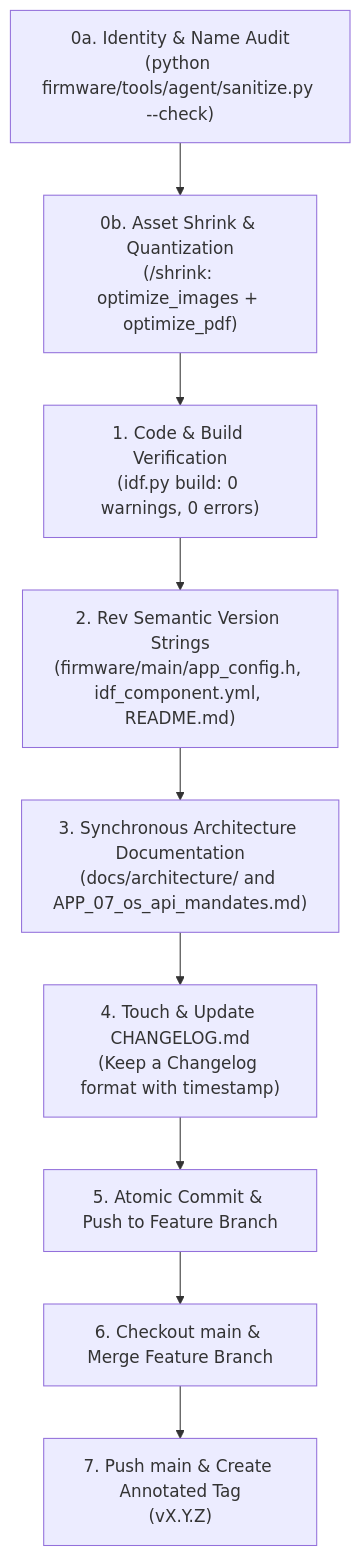
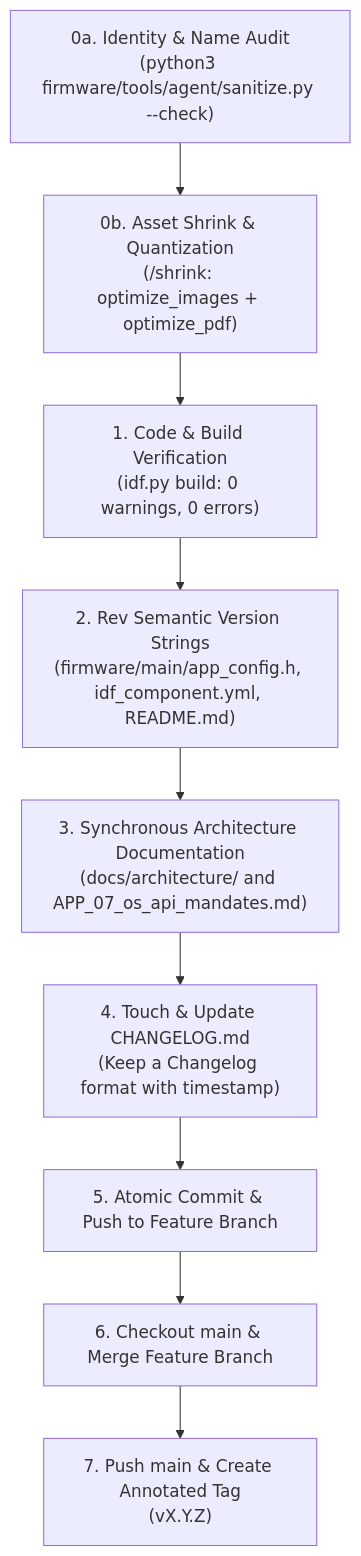
Before and after one commit to Humidyne-Labs/humid1-os: the diagram in .agents/rules/main-merge.md, drawn with Mermaid. The commit also changed other lines of this file and 57 other files, not shown here.

````diff
--- a/.agents/rules/main-merge.md
+++ b/.agents/rules/main-merge.md
@@ -13,11 +13,11 @@
 ```mermaid
 flowchart TD
-    A0["0a. Identity & Name Audit\n(python firmware/tools/agent/sanitize.py --check)"] --> A0b["0b. Asset Shrink & Quantization\n(/shrink: optimize_images + optimize_pdf)"]
+    A0["0a. Identity & Name Audit\n(python3 firmware/tools/agent/sanitize.py --check)"] --> A0b["0b. Asset Shrink & Quantization\n(/shrink: optimize_images + optimize_pdf)"]
     A0b --> A["1. Code & Build Verification\n(idf.py build: 0 warnings, 0 errors)"]
     A["1. Code & Build Verification\n(idf.py build: 0 warnings, 0 errors)"] --> B["2. Rev Semantic Version Strings\n(firmware/main/app_config.h, idf_component.yml, README.md)"]
     B --> C["3. Synchronous Architecture Documentation\n(docs/architecture/ and APP_07_os_api_mandates.md)"]
     C --> D["4. Touch & Update CHANGELOG.md\n(Keep a Changelog format with timestamp)"]
     D --> E["5. Atomic Commit & Push to Feature Branch"]
     E --> F["6. Checkout main & Merge Feature Branch"]
     F --> G["7. Push main & Create Annotated Tag\n(vX.Y.Z)"]
 ```
````
